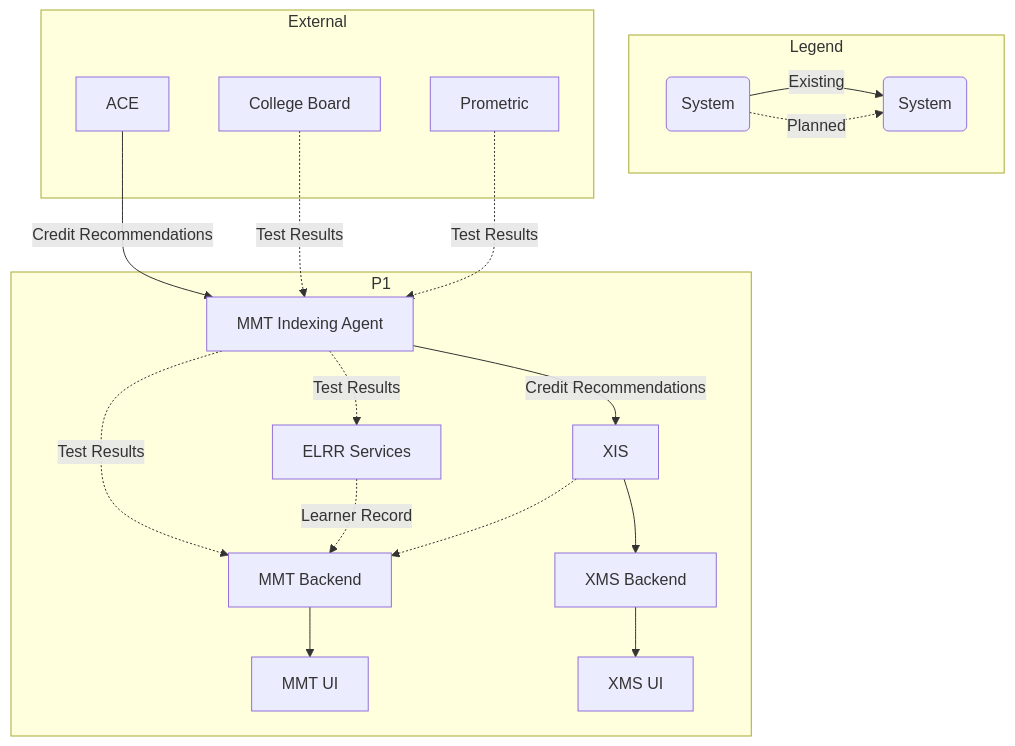
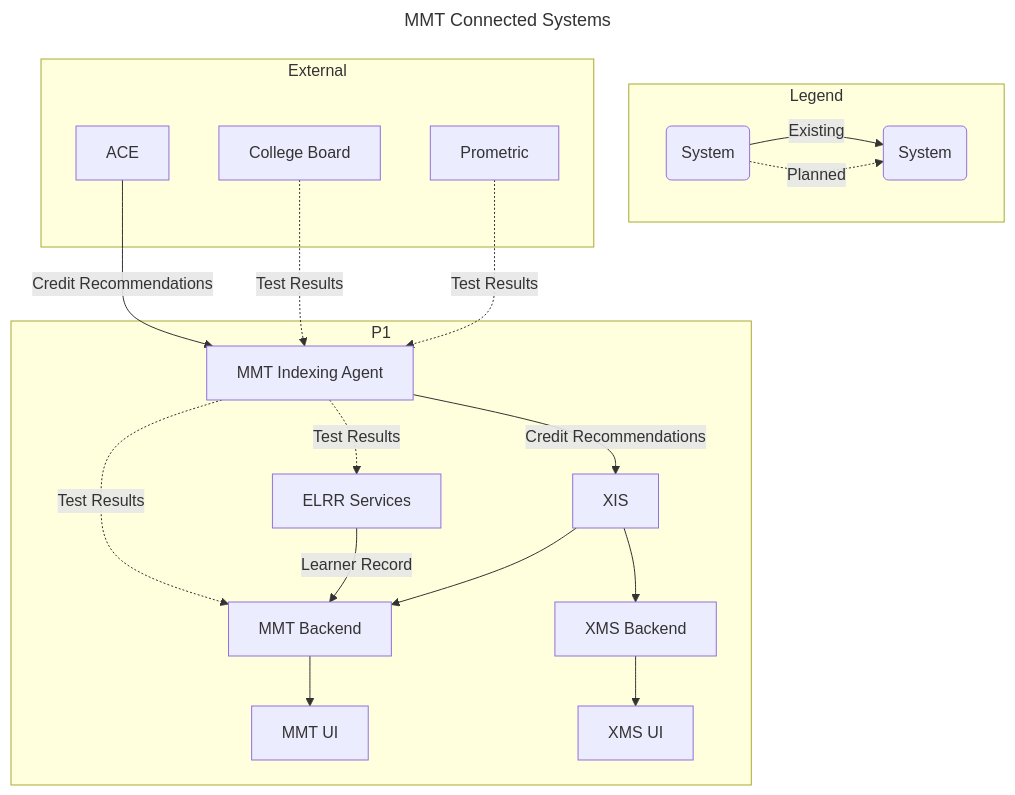
The diagram in README.md (EDLM-MMT/MMT-Backend), drawn with Mermaid before and after one commit. The commit also changed other lines of this file and 1 other file, not shown here.

````diff
--- a/README.md
+++ b/README.md
@@ -6,30 +6,33 @@
 ```mermaid
+---
+title: MMT Connected Systems
+---
 graph TD;
         subgraph Legend
                 1("System")-->|Existing|2("System");
                 1("System")-.->|Planned|2("System");
         end
         subgraph External
                 A[ACE];
                 CB[College Board];
                 P[Prometric];
         end
         subgraph P1
                 E[ELRR Services];
                 MIA[MMT Indexing Agent];
                 M[MMT Backend];
                 MMTUI[MMT UI];
                 XIS[XIS];
                 XMS[XMS Backend];
                 XMSUI[XMS UI];
         end
         A-->|Credit Recommendations|MIA;
         CB & P -.->|Test Results|MIA;
         MIA-->|Credit Recommendations|XIS;
         MIA-.->|Test Results|E & M;
-        E-.->|Learner Record|M;
-        XIS-.->M;
+        E-->|Learner Record|M;
+        XIS-->M;
         XIS-->XMS;
         XMS-->XMSUI;
         M-->MMTUI;
 ```
````
